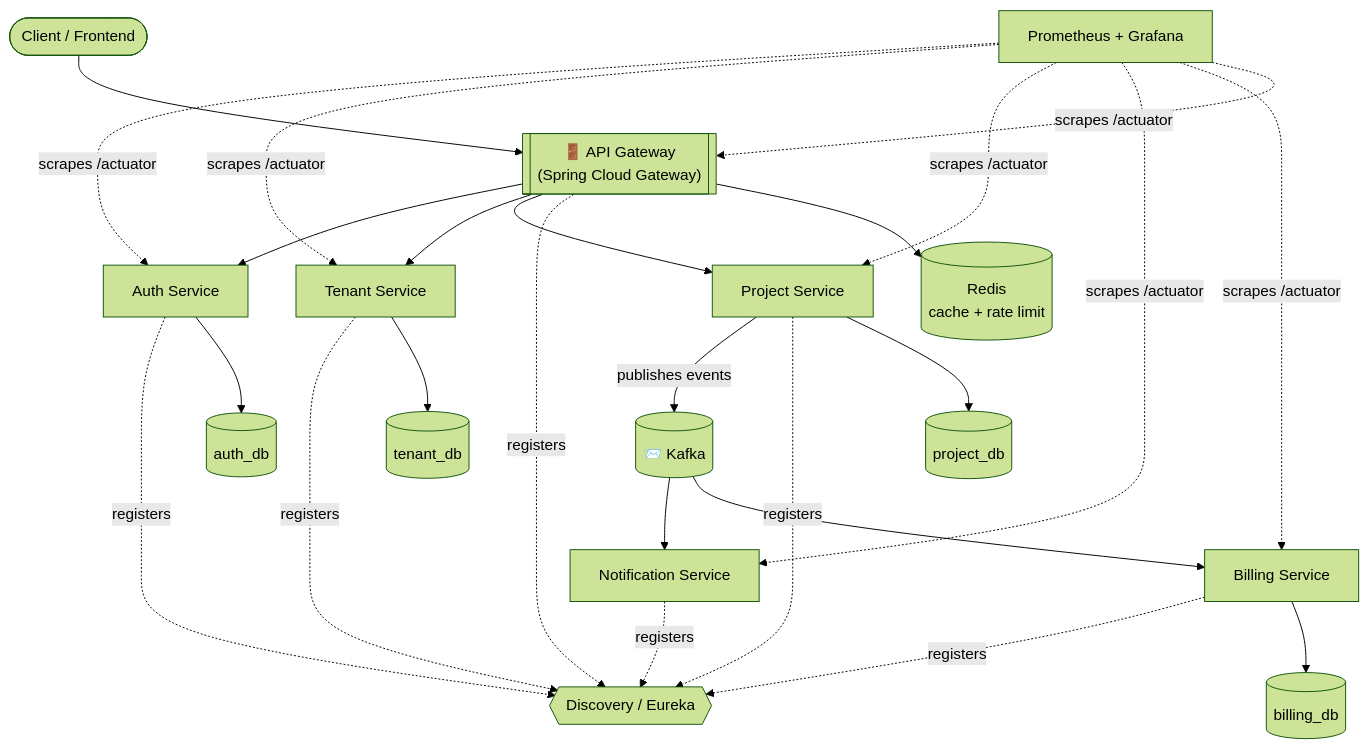
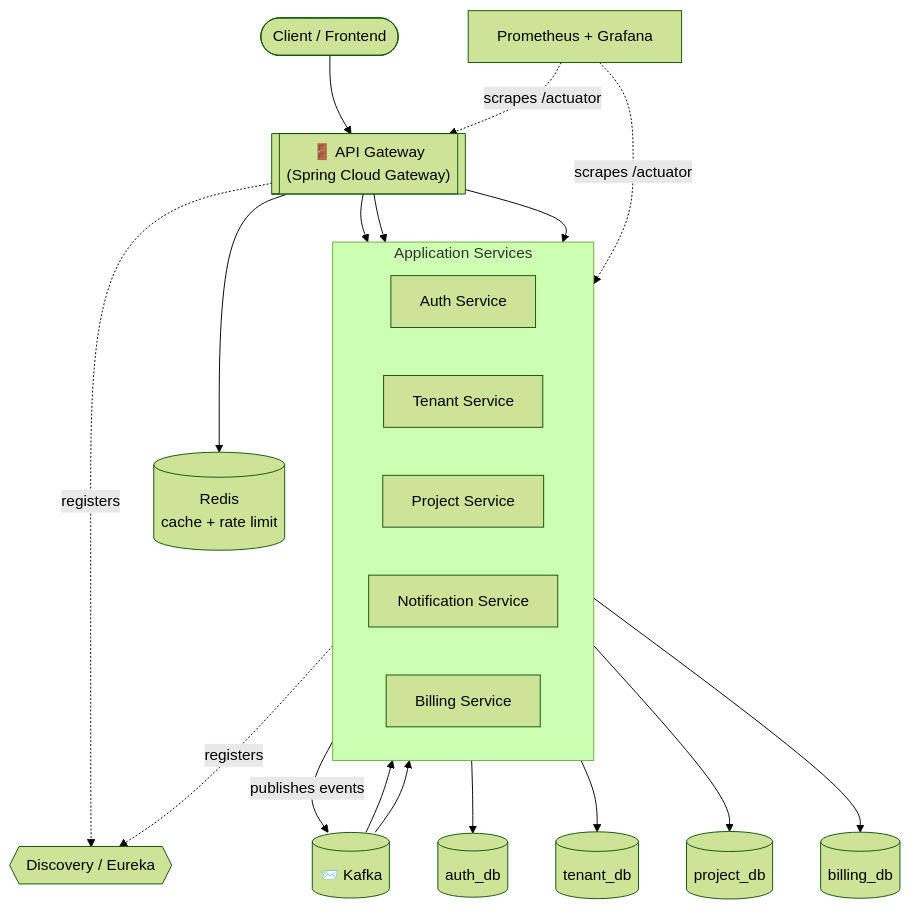
One commit to mouadrarhib/tenanthub changed the diagram in README.md. Above: the diagram before and after it, drawn with Mermaid (forest theme). The commit also changed other lines of this file, not shown here.

Commit message:
docs: simplify README architecture diagram layout
Grouped the 5 app services into an "Application Services" subgraph and
drew the registers/scrapes relationships against the group instead of
per-service, collapsing 12 crossing edges down to 4 for a much more
readable render.

````diff
--- a/README.md
+++ b/README.md
@@ -51,33 +51,33 @@
 ```mermaid
 flowchart TD
     Client([Client / Frontend]) --> GW[["🚪 API Gateway<br/>(Spring Cloud Gateway)"]]
+    GW --> REDIS[("Redis<br/>cache + rate limit")]
 
-    GW --> AUTH[Auth Service]
-    GW --> TEN[Tenant Service]
-    GW --> PROJ[Project Service]
+    subgraph App["Application Services"]
+        direction LR
+        AUTH[Auth Service]
+        TEN[Tenant Service]
+        PROJ[Project Service]
+        NOTIF[Notification Service]
+        BILL[Billing Service]
+    end
+
+    GW --> AUTH
+    GW --> TEN
+    GW --> PROJ
 
     PROJ -- publishes events --> KAFKA[("📨 Kafka")]
-    KAFKA --> NOTIF[Notification Service]
-    KAFKA --> BILL[Billing Service]
-
-    AUTH -.registers.-> EUREKA{{Discovery / Eureka}}
-    TEN -.registers.-> EUREKA
-    PROJ -.registers.-> EUREKA
-    NOTIF -.registers.-> EUREKA
-    BILL -.registers.-> EUREKA
-    GW -.registers.-> EUREKA
-
-    GW --> REDIS[("Redis<br/>cache + rate limit")]
+    KAFKA --> NOTIF
+    KAFKA --> BILL
 
     AUTH --> AUTHDB[(auth_db)]
     TEN --> TENDB[(tenant_db)]
     PROJ --> PROJDB[(project_db)]
     BILL --> BILLDB[(billing_db)]
 
-    PROM[Prometheus + Grafana] -.scrapes /actuator.-> AUTH
-    PROM -.scrapes /actuator.-> TEN
-    PROM -.scrapes /actuator.-> PROJ
-    PROM -.scrapes /actuator.-> NOTIF
-    PROM -.scrapes /actuator.-> BILL
+    App -.registers.-> EUREKA{{Discovery / Eureka}}
+    GW -.registers.-> EUREKA
+
+    PROM[Prometheus + Grafana] -.scrapes /actuator.-> App
     PROM -.scrapes /actuator.-> GW
 ```
````
